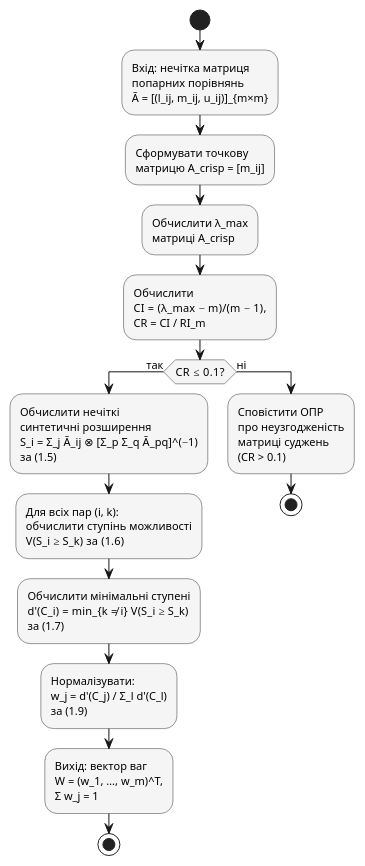
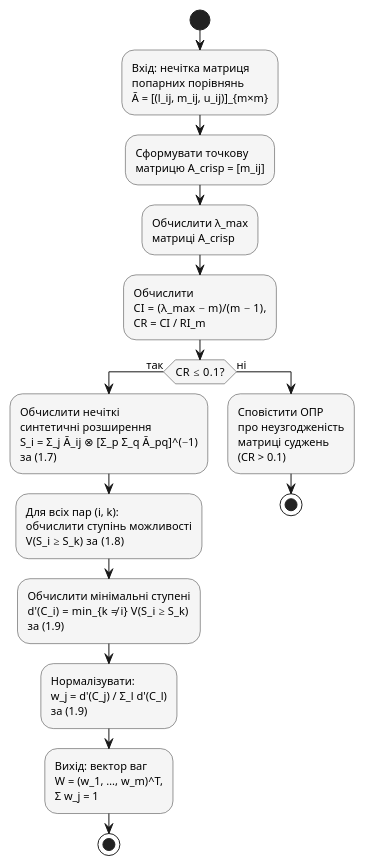
One commit to volodymyr-semenchenk0/ev-infrastructure-platform changed the diagram in docs/chapter2/2_3_1.md. Above: the diagram before and after it, drawn with PlantUML. The commit also changed other lines of this file and 2 other files, not shown here.

````diff
--- a/docs/chapter2/2_3_1.md
+++ b/docs/chapter2/2_3_1.md
@@ -23,41 +23,41 @@
 ```plantuml
 @startuml
 skinparam shadowing false
 skinparam defaultFontName "Times New Roman"
 skinparam defaultFontSize 11
 skinparam activity {
     BackgroundColor #f5f5f5
     BorderColor #333333
 }
 skinparam activityDiamond {
     BackgroundColor #f5f5f5
     BorderColor #333333
 }
 
 start
 :Вхід: нечітка матриця\nпопарних порівнянь\nÃ = [(l_ij, m_ij, u_ij)]_{m×m};
 
 :Сформувати точкову\nматрицю A_crisp = [m_ij];
 
 :Обчислити λ_max\nматриці A_crisp;
 
 :Обчислити\nCI = (λ_max − m)/(m − 1),\nCR = CI / RI_m;
 
 if (CR ≤ 0.1?) then (так)
-    :Обчислити нечіткі\nсинтетичні розширення\nS_i = Σ_j Ã_ij ⊗ [Σ_p Σ_q Ã_pq]^(−1)\nза (1.5);
+    :Обчислити нечіткі\nсинтетичні розширення\nS_i = Σ_j Ã_ij ⊗ [Σ_p Σ_q Ã_pq]^(−1)\nза (1.7);
 
-    :Для всіх пар (i, k):\nобчислити ступінь можливості\nV(S_i ≥ S_k) за (1.6);
+    :Для всіх пар (i, k):\nобчислити ступінь можливості\nV(S_i ≥ S_k) за (1.8);
 
-    :Обчислити мінімальні ступені\nd'(C_i) = min_{k ≠ i} V(S_i ≥ S_k)\nза (1.7);
+    :Обчислити мінімальні ступені\nd'(C_i) = min_{k ≠ i} V(S_i ≥ S_k)\nза (1.9);
 
     :Нормалізувати:\nw_j = d'(C_j) / Σ_l d'(C_l)\nза (1.9);
 
     :Вихід: вектор ваг\nW = (w_1, …, w_m)^T,\nΣ w_j = 1;
     stop
 else (ні)
     :Сповістити ОПР\nпро неузгодженість\nматриці суджень\n(CR > 0.1);
     stop
 endif
 
 @enduml
 ```
````
